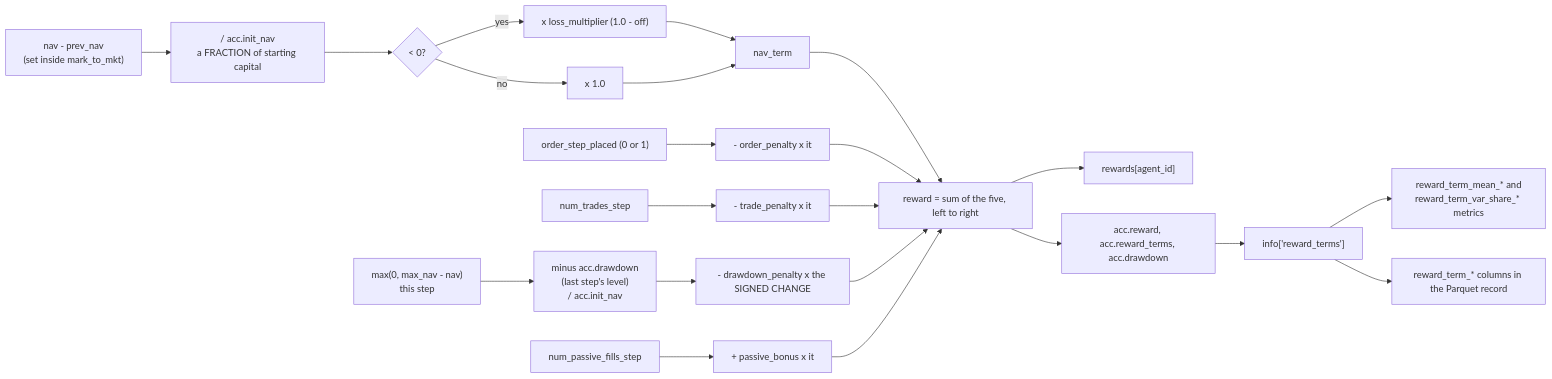
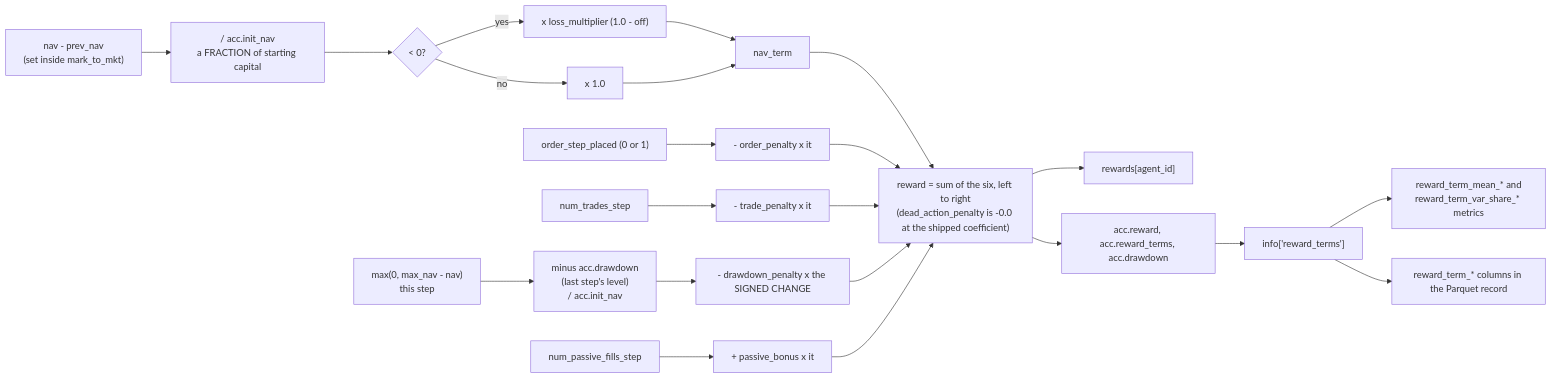
One commit to ChuaCheowHuan/gym-continuousDoubleAuction changed the diagram in doc/07_reward_function.md. Above: the diagram before and after it, drawn with Mermaid. The commit also changed other lines of this file and 42 other files, not shown here.

````diff
--- a/doc/07_reward_function.md
+++ b/doc/07_reward_function.md
@@ -134,27 +139,27 @@
 ```mermaid
 flowchart LR
     NAV["nav - prev_nav<br/>(set inside mark_to_mkt)"] --> SC["/ acc.init_nav<br/>a FRACTION of starting capital"]
     SC --> LA{"< 0?"}
     LA -->|"yes"| NT1["x loss_multiplier (1.0 - off)"]
     LA -->|"no"| NT2["x 1.0"]
     NT1 --> T1["nav_term"]
     NT2 --> T1
 
     OSP["order_step_placed (0 or 1)"] --> T2["- order_penalty x it"]
     NTS["num_trades_step"] --> T3["- trade_penalty x it"]
     DDN["max(0, max_nav - nav)<br/>this step"] --> DDD["minus acc.drawdown<br/>(last step's level)<br/>/ acc.init_nav"]
     DDD --> T4["- drawdown_penalty x the SIGNED CHANGE"]
     NPF["num_passive_fills_step"] --> T5["+ passive_bonus x it"]
 
-    T1 --> SUM["reward = sum of the five, left to right"]
+    T1 --> SUM["reward = sum of the six, left to right<br/>(dead_action_penalty is -0.0 at the shipped coefficient)"]
     T2 --> SUM
     T3 --> SUM
     T4 --> SUM
     T5 --> SUM
 
     SUM --> RD["rewards[agent_id]"]
     SUM --> ACC["acc.reward, acc.reward_terms, acc.drawdown"]
     ACC --> INFO["info['reward_terms']"]
     INFO --> MET["reward_term_mean_* and<br/>reward_term_var_share_* metrics"]
     INFO --> PARQ["reward_term_* columns in the Parquet record"]
 ```
````
